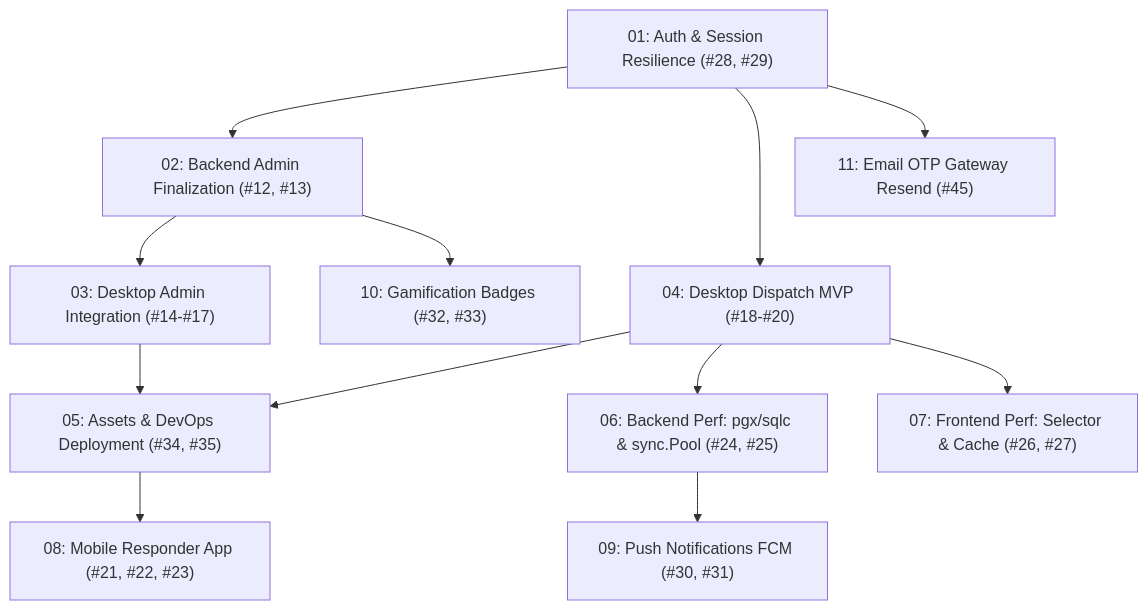
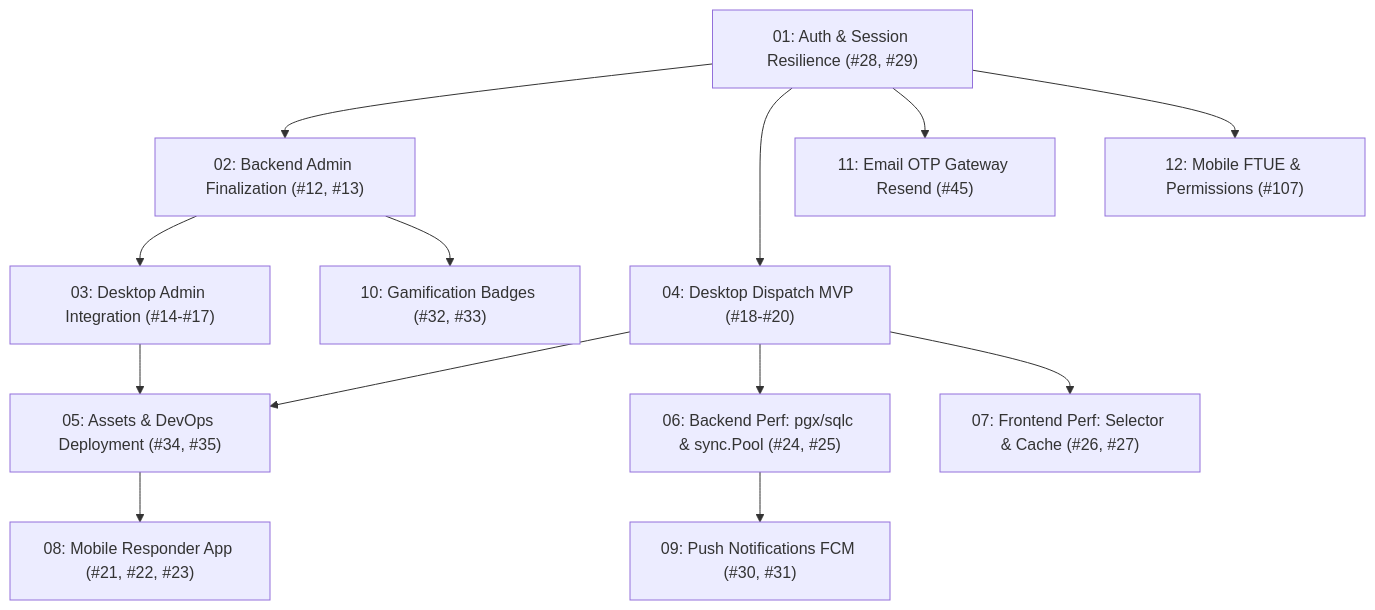
The diagram in .planning/README.md (fadhlur-alaudin86/SiagaKita), drawn with Mermaid before and after one commit. The commit also changed other lines of this file and 1 other file, not shown here.

First line of the commit message:
docs(planning): add Plan 12 for mobile FTUE onboarding and contextual permissions

````diff
--- a/.planning/README.md
+++ b/.planning/README.md
@@ -12,14 +12,15 @@
 ```mermaid
 graph TD
     P1["01: Auth & Session Resilience (#28, #29)"] --> P2["02: Backend Admin Finalization (#12, #13)"]
     P2 --> P3["03: Desktop Admin Integration (#14-#17)"]
     P1 --> P4["04: Desktop Dispatch MVP (#18-#20)"]
     P3 --> P5["05: Assets & DevOps Deployment (#34, #35)"]
     P4 --> P5
     P4 --> P6["06: Backend Perf: pgx/sqlc & sync.Pool (#24, #25)"]
     P4 --> P7["07: Frontend Perf: Selector & Cache (#26, #27)"]
     P5 --> P8["08: Mobile Responder App (#21, #22, #23)"]
     P6 --> P9["09: Push Notifications FCM (#30, #31)"]
     P2 --> P10["10: Gamification Badges (#32, #33)"]
     P1 --> P11["11: Email OTP Gateway Resend (#45)"]
+    P1 --> P12["12: Mobile FTUE & Permissions (#107)"]
 ```
````
